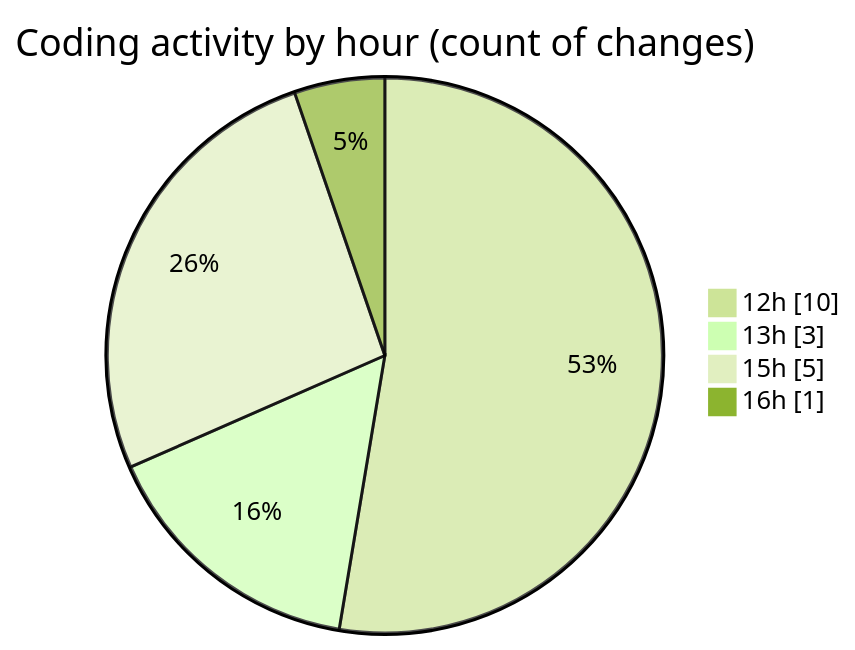
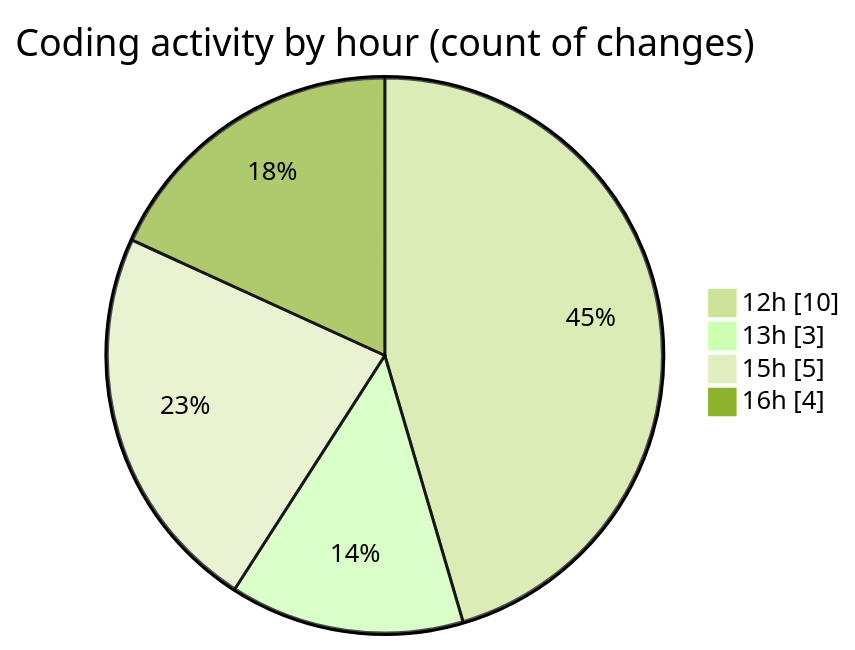
The second of 2 diagrams in 2025-03-04/simulador-serial/README.md (robertbonfada/code-tracking), drawn with Mermaid (forest theme) before and after one commit. The commit also changed other lines of this file and 1 other file, not shown here.

````diff
--- a/2025-03-04/simulador-serial/README.md
+++ b/2025-03-04/simulador-serial/README.md
@@ -35,8 +37,8 @@
 ```mermaid
 pie showData
 title Coding activity by hour (count of changes)
 "12h" : 10
 "13h" : 3
 "15h" : 5
-"16h" : 1
+"16h" : 4
 ```
````
